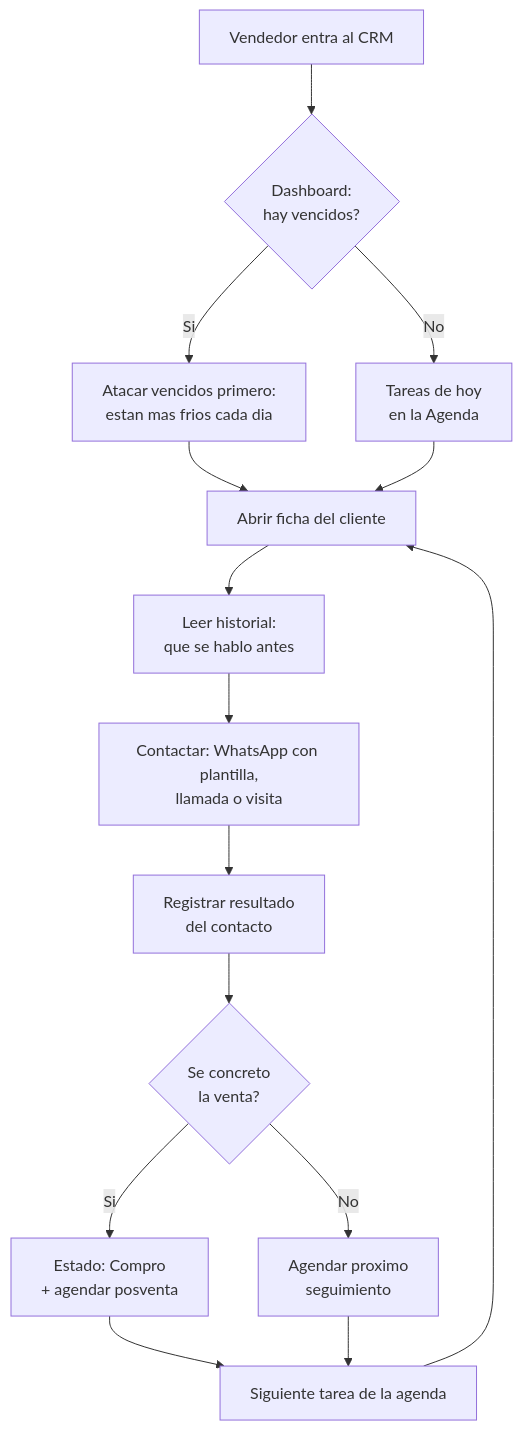
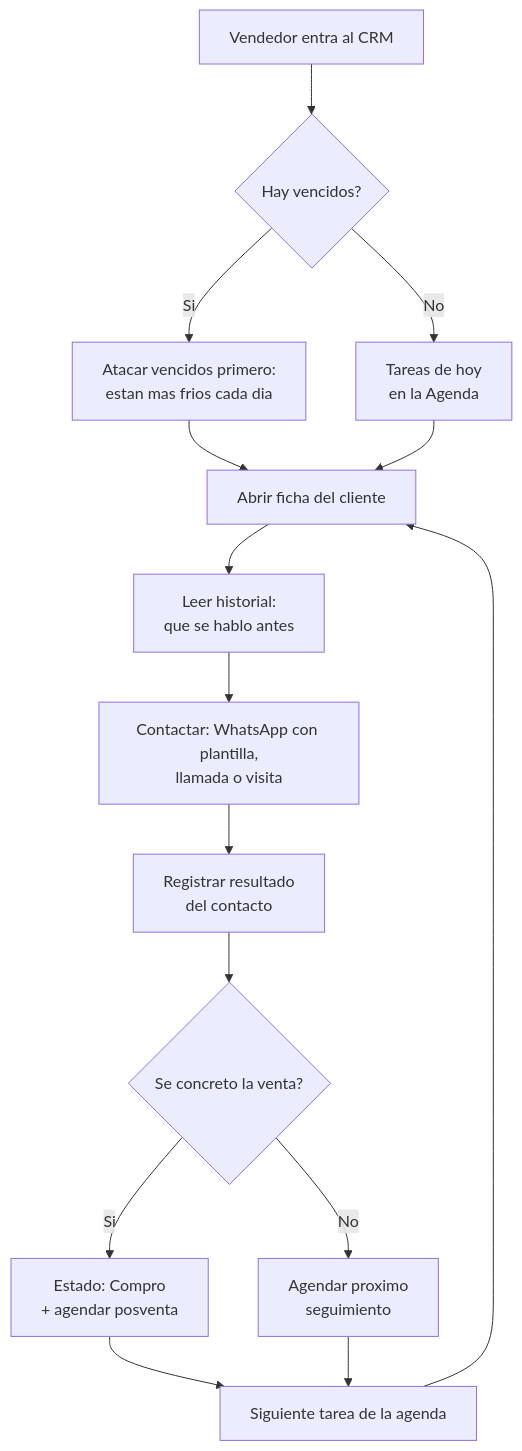
Before and after one commit to LautaroYamil/CRM-nicolas: the first of 5 diagrams in docs/diagramas-sistema.md, drawn with Mermaid. The commit also changed other lines of this file, not shown here.

Commit message:
﻿Simplificar sintaxis Mermaid para compatibilidad con previews

````diff
--- a/docs/diagramas-sistema.md
+++ b/docs/diagramas-sistema.md
@@ -11,17 +11,17 @@
 ```mermaid
 flowchart TD
-    A[Vendedor entra al CRM] --> B{Dashboard:<br/>hay vencidos?}
+    A[Vendedor entra al CRM] --> B{Hay vencidos?}
     B -- Si --> C[Atacar vencidos primero:<br/>estan mas frios cada dia]
     B -- No --> D[Tareas de hoy<br/>en la Agenda]
     C --> E[Abrir ficha del cliente]
     D --> E
     E --> F[Leer historial:<br/>que se hablo antes]
     F --> G[Contactar: WhatsApp con plantilla,<br/>llamada o visita]
     G --> H[Registrar resultado<br/>del contacto]
-    H --> I{Se concreto<br/>la venta?}
+    H --> I{Se concreto la venta?}
     I -- Si --> J[Estado: Compro<br/>+ agendar posventa]
     I -- No --> K[Agendar proximo<br/>seguimiento]
     J --> L[Siguiente tarea de la agenda]
     K --> L
     L --> E
 ```
````
